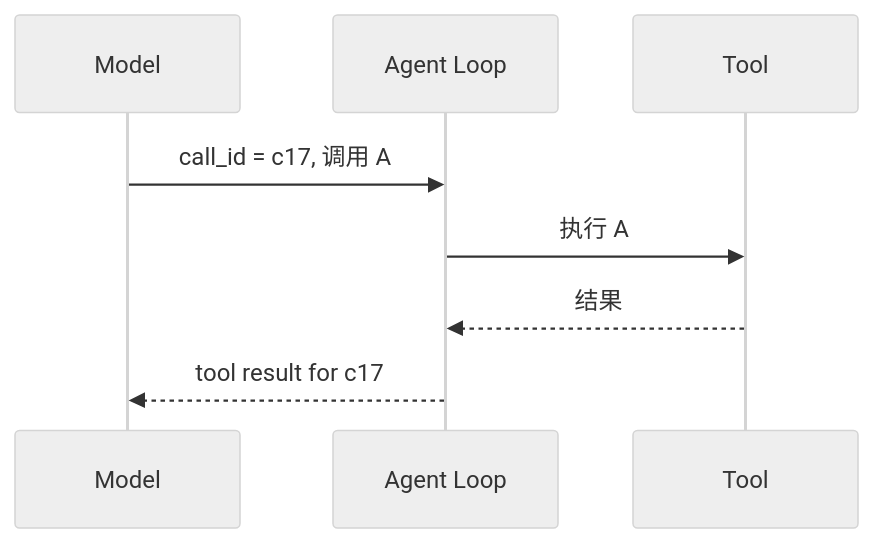
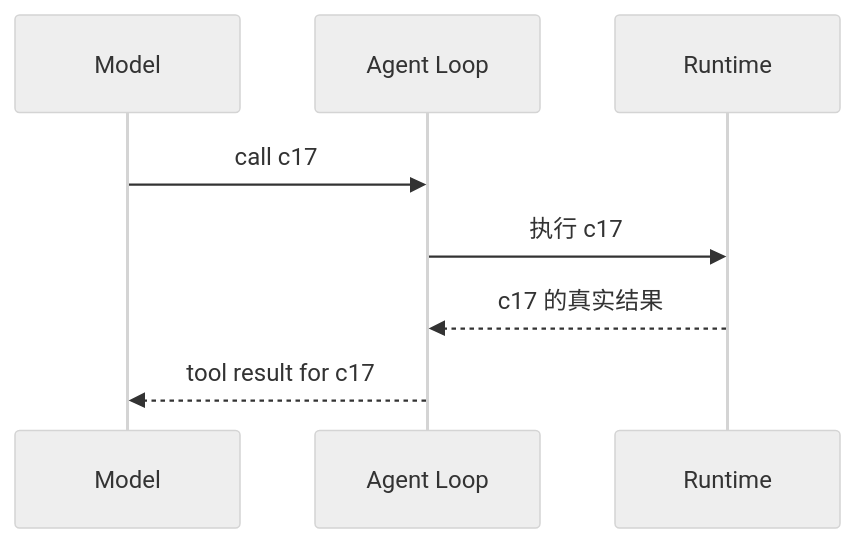
Before and after one commit to Arthur999459up/GitAgent: the third of 7 diagrams in docs/03-agent-loop-and-call-protocol.md, drawn with Mermaid (neutral theme). The commit also changed other lines of this file and 15 other files, not shown here.

````diff
--- a/docs/03-agent-loop-and-call-protocol.md
+++ b/docs/03-agent-loop-and-call-protocol.md
@@ -92,10 +75,11 @@
 ```mermaid
 sequenceDiagram
     participant M as Model
     participant L as Agent Loop
-    participant T as Tool
-    M->>L: call_id = c17, 调用 A
-    L->>T: 执行 A
-    T-->>L: 结果
+    participant X as Runtime
+
+    M->>L: call c17
+    L->>X: 执行 c17
+    X-->>L: c17 的真实结果
     L-->>M: tool result for c17
 ```
````
